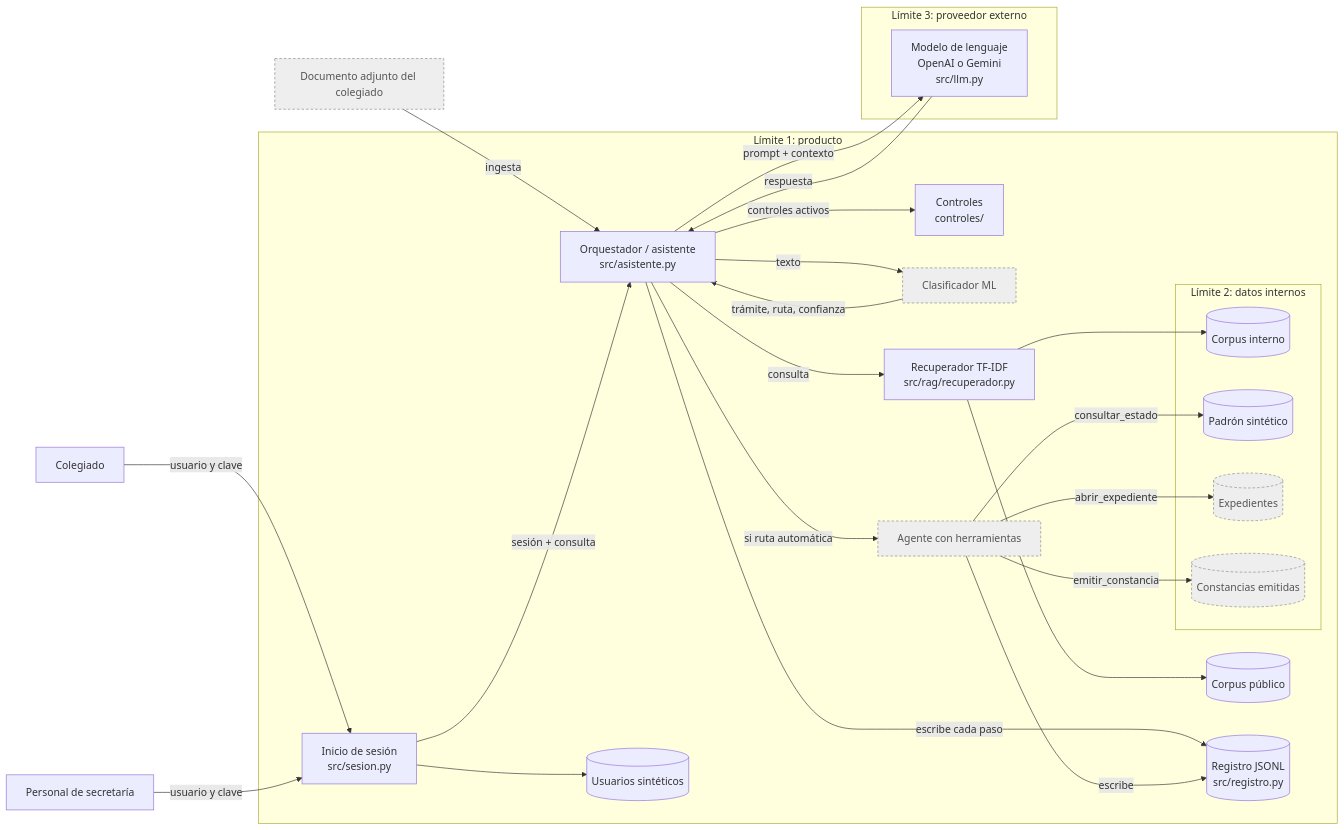
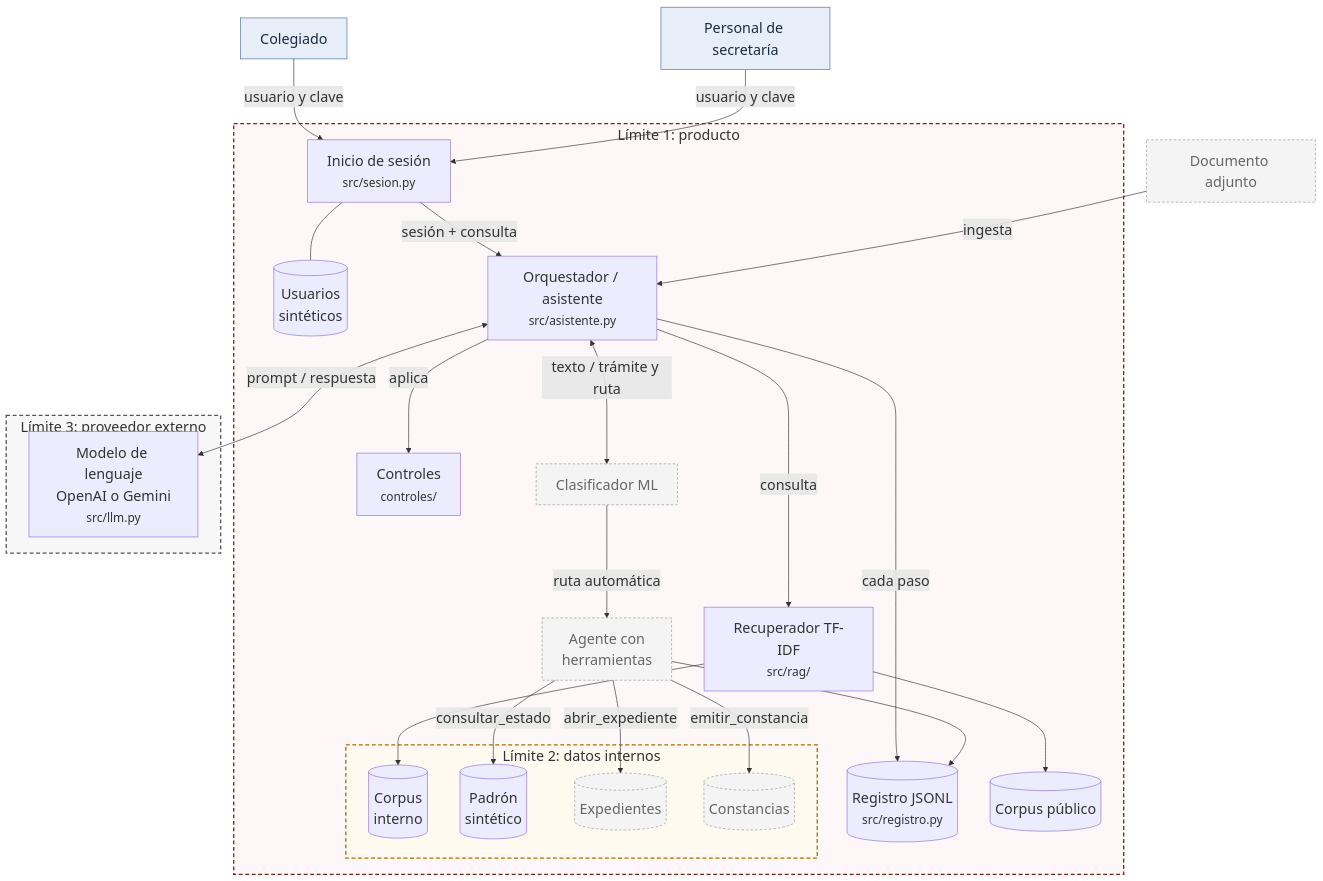
The diagram in docs/arquitectura.md (ErnestoSCL/habilbot-ciberseguridad-ia), drawn with Mermaid before and after one commit. The commit also changed other lines of this file, not shown here.

Commit message:
docs: reordenar diagrama de arquitectura en vertical
Más niveles y letra más grande para que se lea en la página;
la ruta automática hacia el agente sale del clasificador.

````diff
--- a/docs/arquitectura.md
+++ b/docs/arquitectura.md
@@ -5,40 +5,58 @@
 ```mermaid
-flowchart LR
-    CO[Colegiado] -->|usuario y clave| LG
-    SE[Personal de secretaría] -->|usuario y clave| LG
-    DOC[Documento adjunto del colegiado] -->|ingesta| E
+%%{init: {"themeVariables": {"fontSize": "22px"}}}%%
+flowchart TB
+    CO["Colegiado"]
+    SE["Personal de secretaría"]
+    DOC["Documento adjunto"]
 
     subgraph P["Límite 1: producto"]
-        LG[Inicio de sesión<br/>src/sesion.py] -->|sesión + consulta| E
-        LG --> US[(Usuarios sintéticos)]
-        E[Orquestador / asistente<br/>src/asistente.py] -->|controles activos| CT[Controles<br/>controles/]
-        E -->|texto| CL[Clasificador ML]
-        CL -->|trámite, ruta, confianza| E
-        E -->|consulta| R[Recuperador TF-IDF<br/>src/rag/recuperador.py]
-        R --> CP[(Corpus público)]
-        E -->|si ruta automática| AG[Agente con herramientas]
-        E -->|escribe cada paso| L[(Registro JSONL<br/>src/registro.py)]
-        AG -->|escribe| L
+        LG["Inicio de sesión<br/><small>src/sesion.py</small>"]
+        US[("Usuarios<br/>sintéticos")]
+        E["Orquestador / asistente<br/><small>src/asistente.py</small>"]
+        CT["Controles<br/><small>controles/</small>"]
+        CL["Clasificador ML"]
+        R["Recuperador TF-IDF<br/><small>src/rag/</small>"]
+        AG["Agente con<br/>herramientas"]
+        L[("Registro JSONL<br/><small>src/registro.py</small>")]
+        CP[("Corpus público")]
 
         subgraph INT["Límite 2: datos internos"]
-            CI[(Corpus interno)]
-            PAD[(Padrón sintético)]
-            EXP[(Expedientes)]
-            CON[(Constancias emitidas)]
+            CI[("Corpus<br/>interno")]
+            PAD[("Padrón<br/>sintético")]
+            EXP[("Expedientes")]
+            CON[("Constancias")]
         end
-
-        R --> CI
-        AG -->|consultar_estado| PAD
-        AG -->|abrir_expediente| EXP
-        AG -->|emitir_constancia| CON
     end
 
     subgraph EXT["Límite 3: proveedor externo"]
-        M[Modelo de lenguaje<br/>OpenAI o Gemini<br/>src/llm.py]
+        M["Modelo de lenguaje<br/>OpenAI o Gemini<br/><small>src/llm.py</small>"]
     end
-    E -->|prompt + contexto| M
-    M -->|respuesta| E
 
-    classDef pendiente fill:#eeeeee,stroke:#888,stroke-dasharray:4 3,color:#555
+    CO -->|usuario y clave| LG
+    SE -->|usuario y clave| LG
+    LG --- US
+    LG -->|sesión + consulta| E
+    DOC -->|ingesta| E
+
+    E <-->|texto / trámite y ruta| CL
+    E -->|aplica| CT
+    E <-->|prompt / respuesta| M
+    E --->|consulta| R
+    CL -->|ruta automática| AG
+    E ---->|cada paso| L
+    AG --> L
+
+    R --> CP
+    R --> CI
+    AG -->|consultar_estado| PAD
+    AG -->|abrir_expediente| EXP
+    AG -->|emitir_constancia| CON
+
+    classDef actor fill:#e8eef7,stroke:#4a6fa5,color:#1c2b40
+    classDef pendiente fill:#f4f4f4,stroke:#999,stroke-dasharray:4 3,color:#666
+    class CO,SE actor
     class CL,AG,DOC,EXP,CON pendiente
+    style P fill:#fdf7f7,stroke:#8b1a1a,stroke-width:2px,stroke-dasharray:6 4
+    style INT fill:#fffaf0,stroke:#b26b00,stroke-width:2px,stroke-dasharray:6 4
+    style EXT fill:#f7f7f7,stroke:#555,stroke-width:2px,stroke-dasharray:6 4
 ```
````
